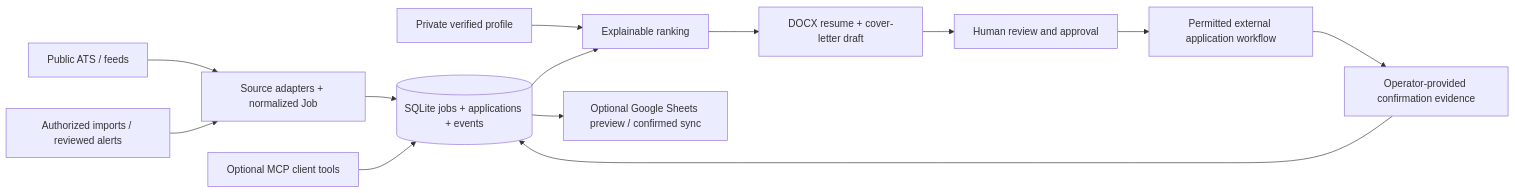
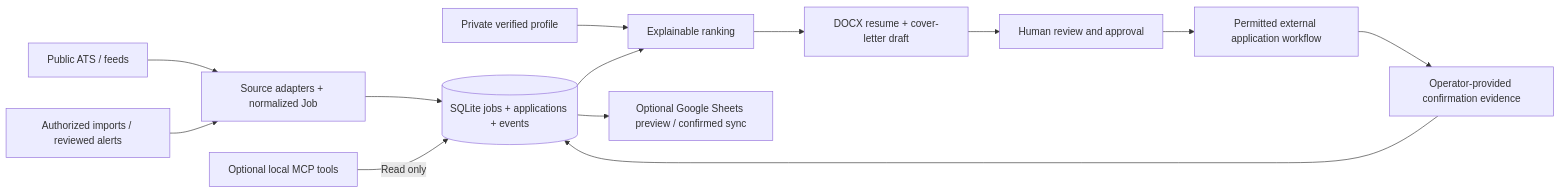
Before and after one commit to aryanramz/internship-agent: the diagram in docs/ARCHITECTURE.md, drawn with Mermaid. The commit also changed other lines of this file and 16 other files, not shown here.

Commit message:
feat: validate local read-only MCP and propose zero-cost connectivity

````diff
--- a/docs/ARCHITECTURE.md
+++ b/docs/ARCHITECTURE.md
@@ -7,14 +7,14 @@
 ```mermaid
 flowchart LR
     Sources[Public ATS / feeds] --> Adapter[Source adapters + normalized Job]
     Imports[Authorized imports / reviewed alerts] --> Adapter
     Adapter --> Store[(SQLite jobs + applications + events)]
     Profile[Private verified profile] --> Score[Explainable ranking]
     Store --> Score --> Draft[DOCX resume + cover-letter draft]
     Draft --> Human[Human review and approval]
     Human --> External[Permitted external application workflow]
     External --> Evidence[Operator-provided confirmation evidence]
     Evidence --> Store
     Store --> Sheets[Optional Google Sheets preview / confirmed sync]
-    MCP[Optional MCP client tools] --> Store
+    MCP[Optional local MCP tools] -->|Read only| Store
 ```
````
